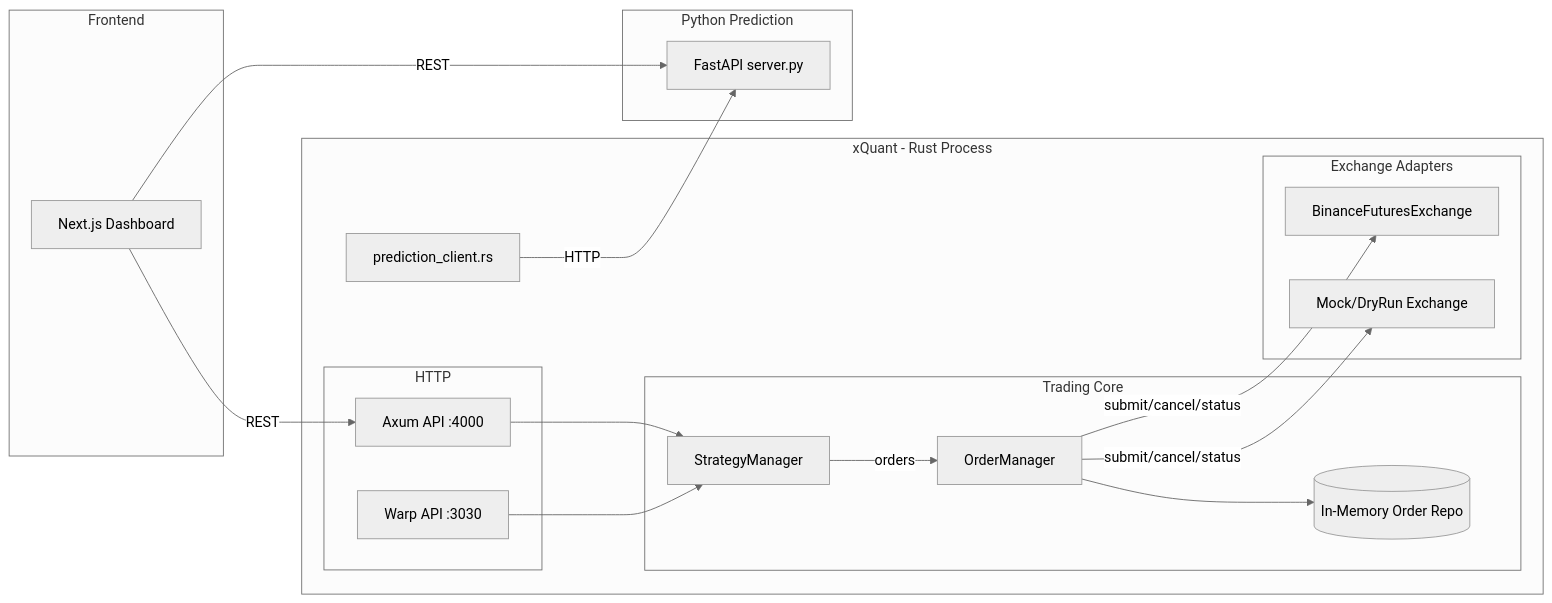
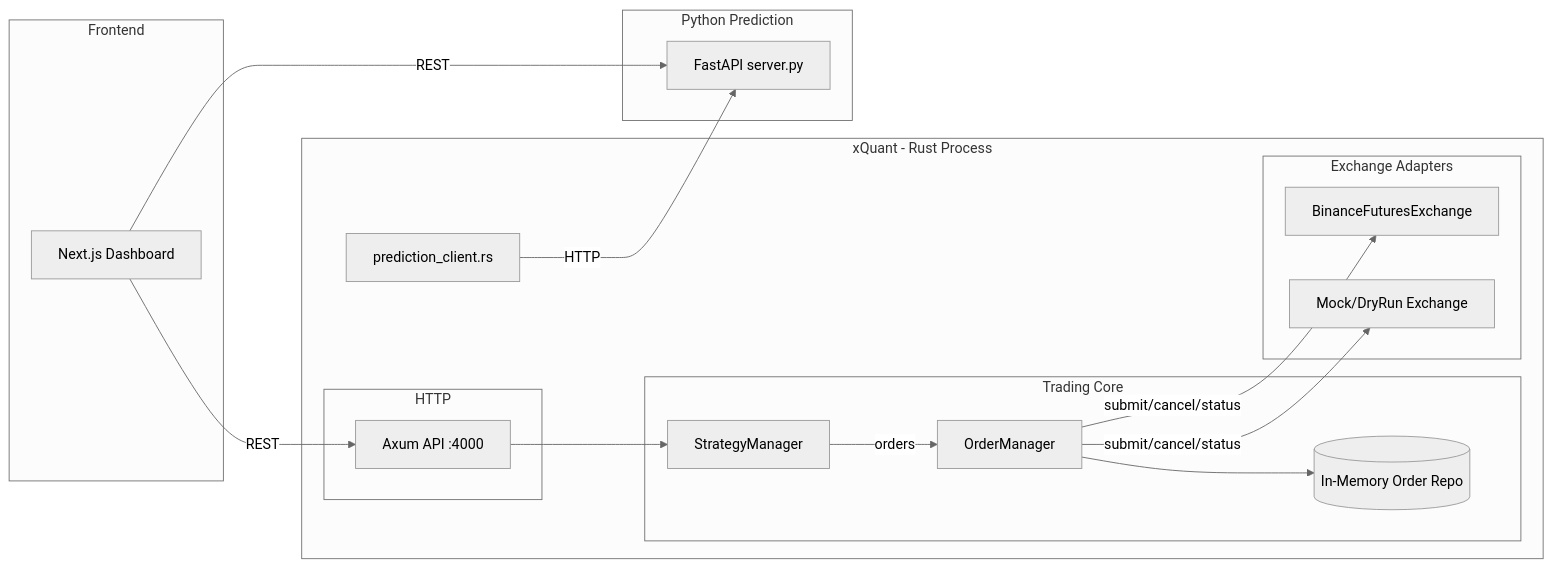
The first of 3 diagrams in docs/architecture.md (blockbit-hama/xQuant), drawn with Mermaid (neutral theme) before and after one commit. The commit also changed other lines of this file and 2 other files, not shown here.

Commit message:
서버 단일화: Warp 경로/실행 제거, Axum만 사용. 문서 업데이트(architecture, getting-started).

````diff
--- a/docs/architecture.md
+++ b/docs/architecture.md
@@ -170,40 +160,38 @@
 ```mermaid
 flowchart LR
   subgraph Frontend
     F[Next.js Dashboard]
   end
 
   subgraph Rust[xQuant - Rust Process]
     subgraph HTTP
       A1[Axum API :4000]
-      W1[Warp API :3030]
     end
 
     subgraph Core[Trading Core]
       SM[StrategyManager]
       OM[OrderManager]
       REP[(In-Memory Order Repo)]
     end
 
     subgraph EX[Exchange Adapters]
       BX[BinanceFuturesExchange]
       MX[Mock/DryRun Exchange]
     end
 
     PC[prediction_client.rs]
   end
 
   subgraph Py[Python Prediction]
     PAPI[FastAPI server.py]
   end
 
   F -->|REST| A1
   F -->|REST| PAPI
   A1 --> SM
-  W1 --> SM
   SM -->|orders| OM
   OM -->|submit/cancel/status| BX
   OM -->|submit/cancel/status| MX
   OM --> REP
   PC -->|HTTP| PAPI
 ```
````
